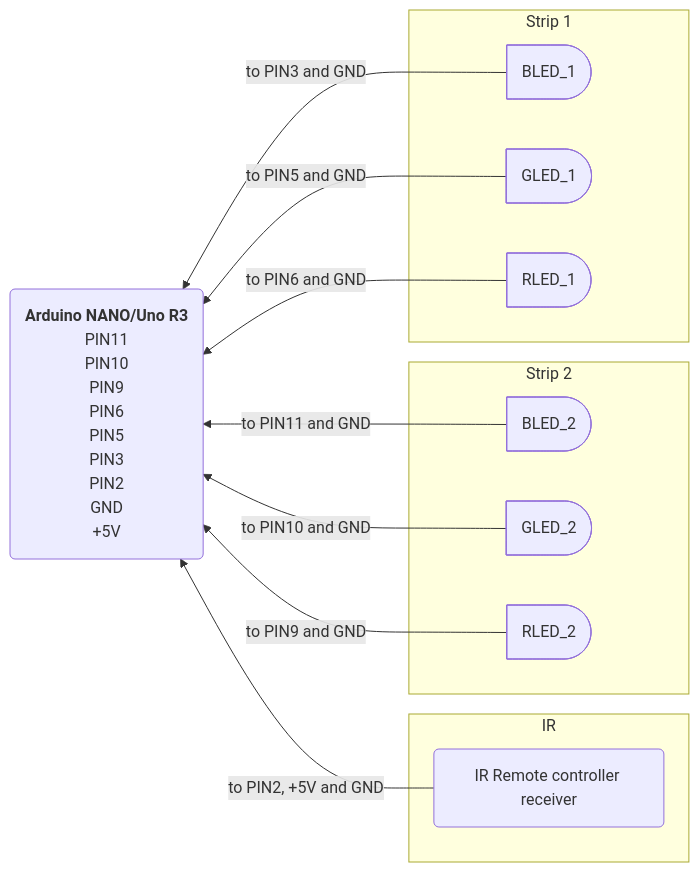
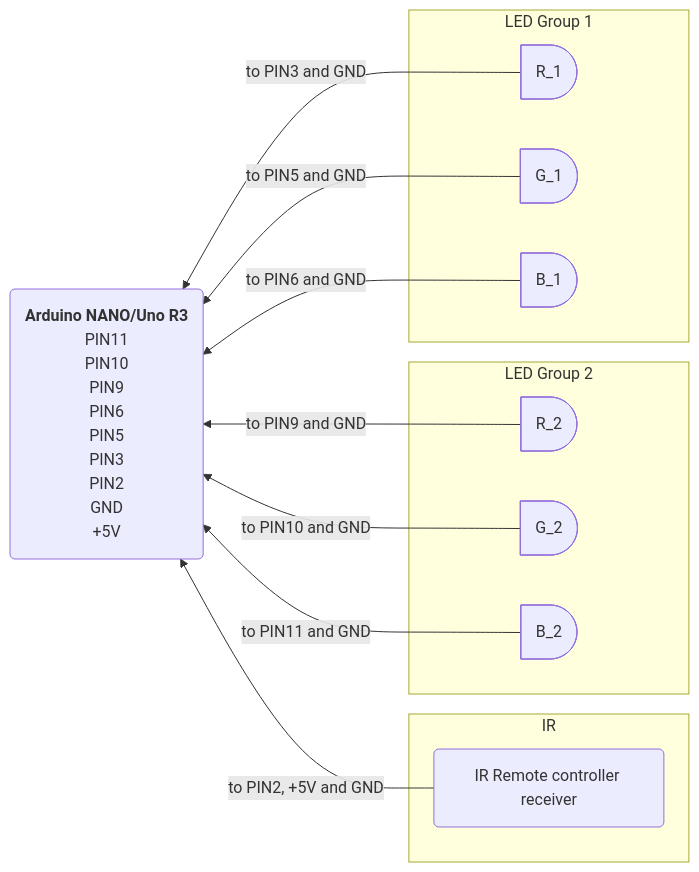
Before and after one commit to upkeihas/nano-kontroller: the diagram in README.md, drawn with Mermaid. The commit also changed other lines of this file and 3 other files, not shown here.

````diff
--- a/README.md
+++ b/README.md
@@ -19,34 +21,34 @@
 ```mermaid
 flowchart RL
     Arduino(<b>Arduino NANO/Uno R3</b>
             PIN11
             PIN10
             PIN9
             PIN6
             PIN5
             PIN3
             PIN2
             GND
             +5V)
-    subgraph Strip 1
-    RLed_1@{ shape: delay, label: "RLED_1"}
-    GLed_1@{ shape: delay, label: "GLED_1"}
-    BLed_1@{ shape: delay, label: "BLED_1"}
+    subgraph LED Group 1
+    R_1@{ shape: delay, label: "R_1"}
+    G_1@{ shape: delay, label: "G_1"}
+    B_1@{ shape: delay, label: "B_1"}
     end
-    subgraph Strip 2
-    RLed_2@{ shape: delay, label: "RLED_2"}
-    GLed_2@{ shape: delay, label: "GLED_2"}
-    BLed_2@{ shape: delay, label: "BLED_2"}
+    subgraph LED Group 2
+    R_2@{ shape: delay, label: "R_2"}
+    G_2@{ shape: delay, label: "G_2"}
+    B_2@{ shape: delay, label: "B_2"}
     end
     subgraph IR
     IRreceiver(IR Remote controller receiver)
     end
 
-    BLed_1 -- "to PIN3 and GND" --> Arduino
-    GLed_1 -- "to PIN5 and GND" --> Arduino
-    RLed_1 -- "to PIN6 and GND" --> Arduino
-    BLed_2 -- "to PIN11 and GND" --> Arduino
-    GLed_2 -- "to PIN10 and GND" --> Arduino
-    RLed_2 -- "to PIN9 and GND" --> Arduino
+    R_1 -- "to PIN3 and GND" --> Arduino
+    G_1 -- "to PIN5 and GND" --> Arduino
+    B_1 -- "to PIN6 and GND" --> Arduino
+    R_2 -- "to PIN9 and GND" --> Arduino
+    G_2 -- "to PIN10 and GND" --> Arduino
+    B_2 -- "to PIN11 and GND" --> Arduino
     IRreceiver -- "to PIN2, +5V and GND" --> Arduino
 ```
````
